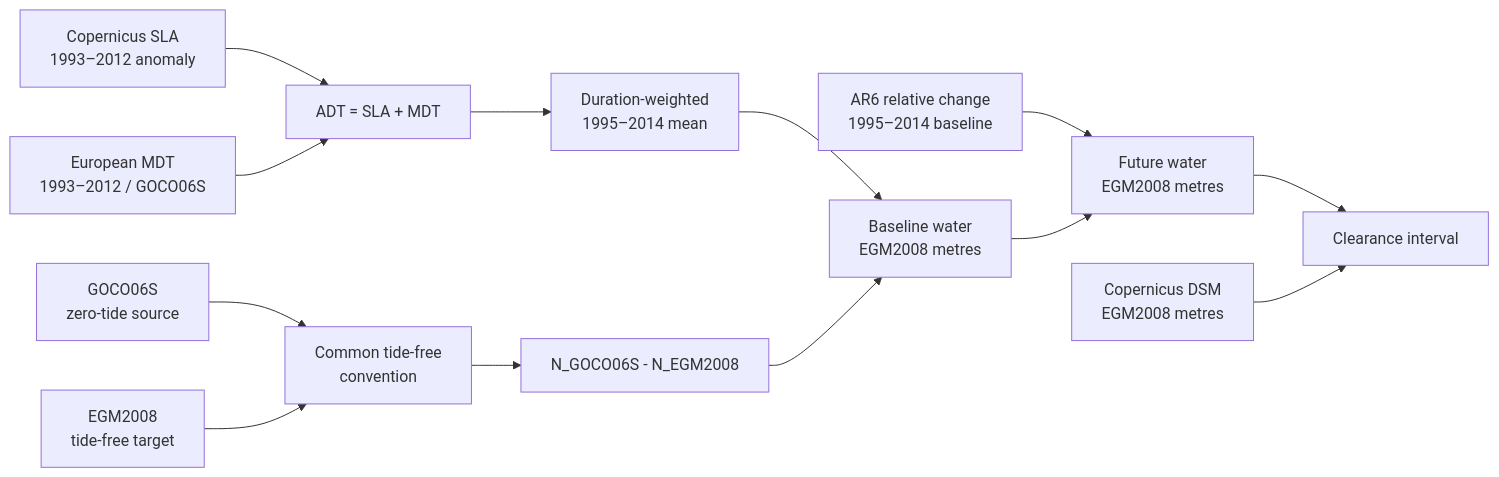
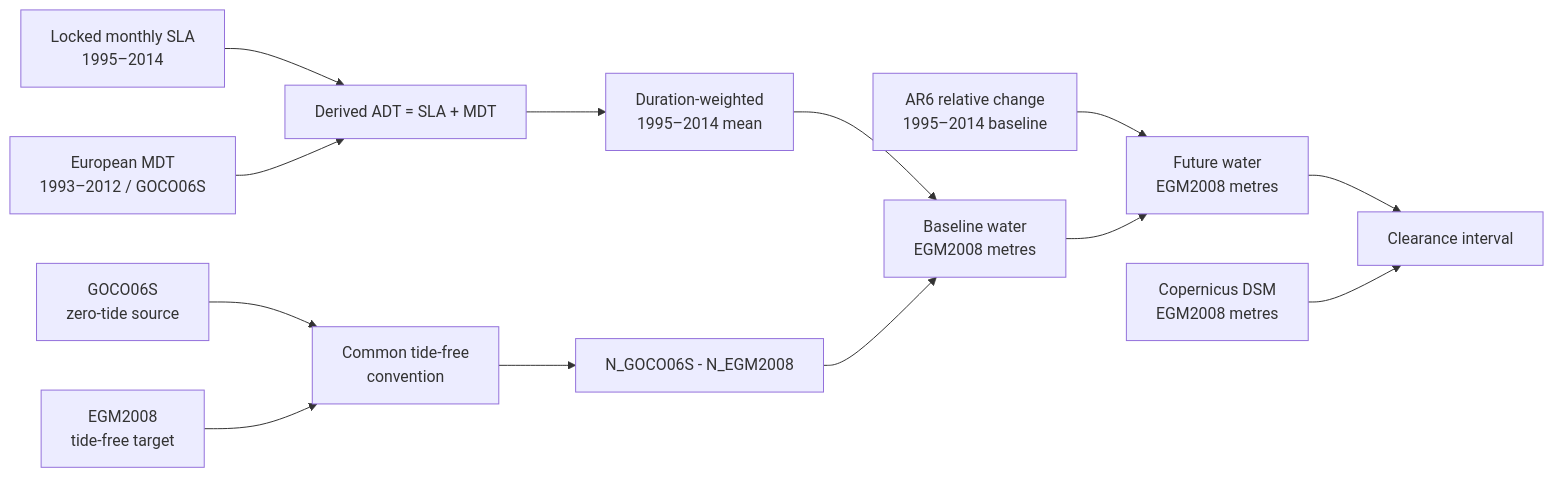
The diagram in docs/science/phase-0-5-vertical-methodology-evidence.md (artemsemdev/SeaRise-Europe), drawn with Mermaid before and after one commit. The commit also changed other lines of this file and 9 other files, not shown here.

Commit message:
docs(science): clarify the blocked follow-up roadmap

````diff
--- a/docs/science/phase-0-5-vertical-methodology-evidence.md
+++ b/docs/science/phase-0-5-vertical-methodology-evidence.md
@@ -97,15 +105,15 @@
 ```mermaid
 flowchart LR
-    SLA[Copernicus SLA\n1993–2012 anomaly] --> ADT[ADT = SLA + MDT]
+    SLA[Locked monthly SLA\n1995–2014] --> ADT[Derived ADT = SLA + MDT]
     MDT[European MDT\n1993–2012 / GOCO06S] --> ADT
     ADT --> MEAN[Duration-weighted\n1995–2014 mean]
     G[GOCO06S\nzero-tide source] --> TIDE[Common tide-free\nconvention]
     E[EGM2008\ntide-free target] --> TIDE
     TIDE --> SHIFT[N_GOCO06S - N_EGM2008]
     MEAN --> B[Baseline water\nEGM2008 metres]
     SHIFT --> B
     AR6[AR6 relative change\n1995–2014 baseline] --> W[Future water\nEGM2008 metres]
     B --> W
     W --> CLEAR[Clearance interval]
     DEM[Copernicus DSM\nEGM2008 metres] --> CLEAR
 ```
````
